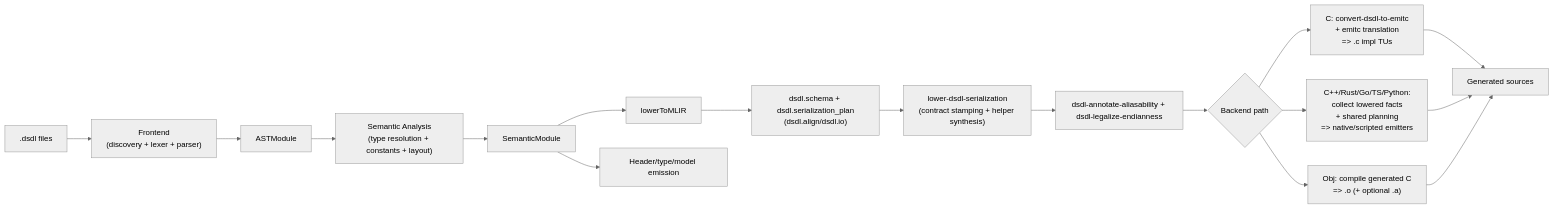
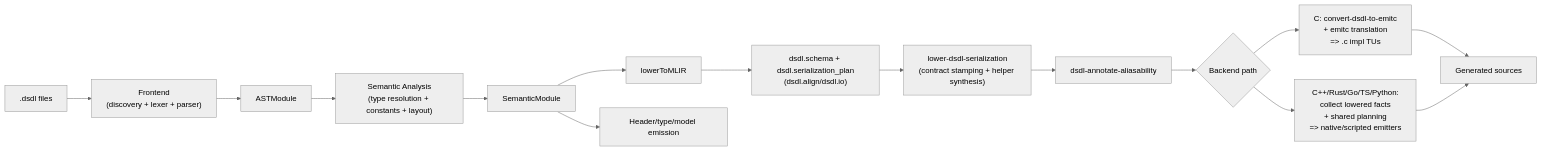
The diagram in DESIGN.md (OpenCyphal-Garage/llvm-dsdl), drawn with Mermaid (neutral theme) before and after one commit. The commit also changed other lines of this file and 3671 other files, not shown here.

````diff
--- a/DESIGN.md
+++ b/DESIGN.md
@@ -25,19 +25,17 @@
 ```mermaid
 flowchart LR
   A[".dsdl files"] --> B["Frontend\n(discovery + lexer + parser)"]
   B --> C["ASTModule"]
   C --> D["Semantic Analysis\n(type resolution + constants + layout)"]
   D --> E["SemanticModule"]
   E --> F["lowerToMLIR"]
   F --> G["dsdl.schema + dsdl.serialization_plan\n(dsdl.align/dsdl.io)"]
   G --> H["lower-dsdl-serialization\n(contract stamping + helper synthesis)"]
-  H --> I["dsdl-annotate-aliasability + dsdl-legalize-endianness"]
+  H --> I["dsdl-annotate-aliasability"]
   I --> K{"Backend path"}
   K --> J["C: convert-dsdl-to-emitc\n+ emitc translation\n=> .c impl TUs"]
   K --> O["C++/Rust/Go/TS/Python:\ncollect lowered facts\n+ shared planning\n=> native/scripted emitters"]
-  K --> N["Obj: compile generated C\n=> .o (+ optional .a)"]
   E --> L["Header/type/model emission"]
   J --> M["Generated sources"]
   O --> M
-  N --> M
 ```
````
